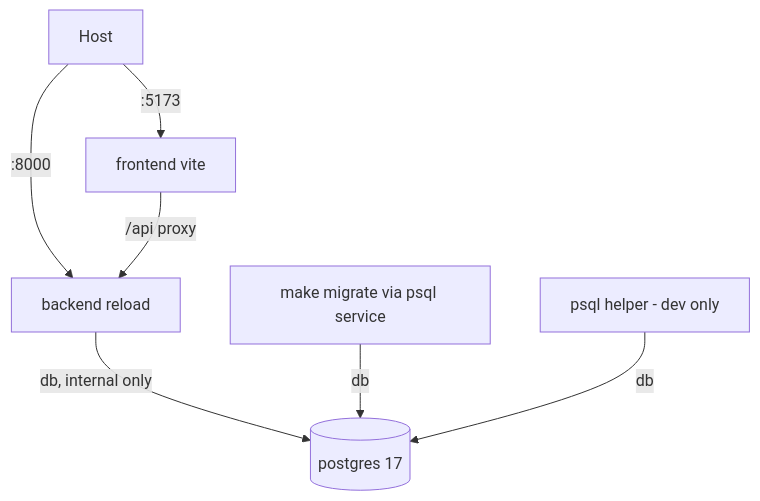
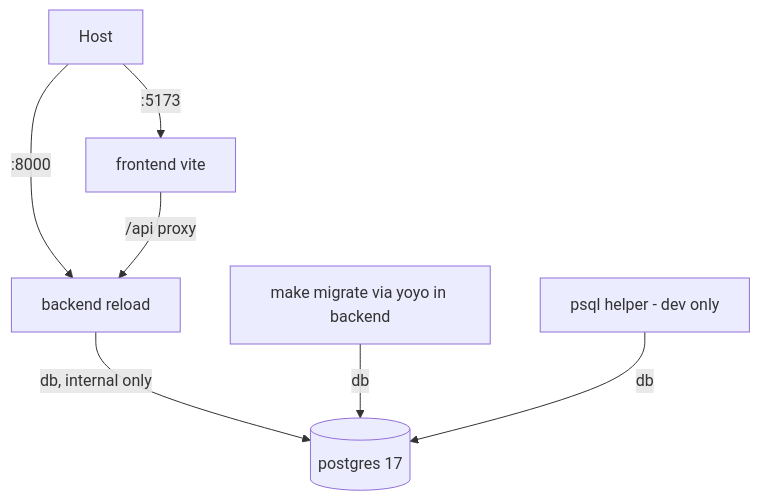
One commit to notseekeru/maxterview_website changed the diagram in PLAN.md. Above: the diagram before and after it, drawn with Mermaid. The commit also changed other lines of this file, not shown here.

Commit message:
ref(docs): update migration process details in PLAN.md to reflect yoyo-migrations usage

````diff
--- a/PLAN.md
+++ b/PLAN.md
@@ -46,9 +46,9 @@
 ```mermaid
 graph TD
     H[Host] -->|:8000| B[backend reload]
     H -->|:5173| F[frontend vite]
     F -->|/api proxy| B
     B -->|db, internal only| P[(postgres 17)]
-    M[make migrate via psql service] -->|db| P
+    M[make migrate via yoyo in backend] -->|db| P
     N[psql helper - dev only] -->|db| P
 ```
````
